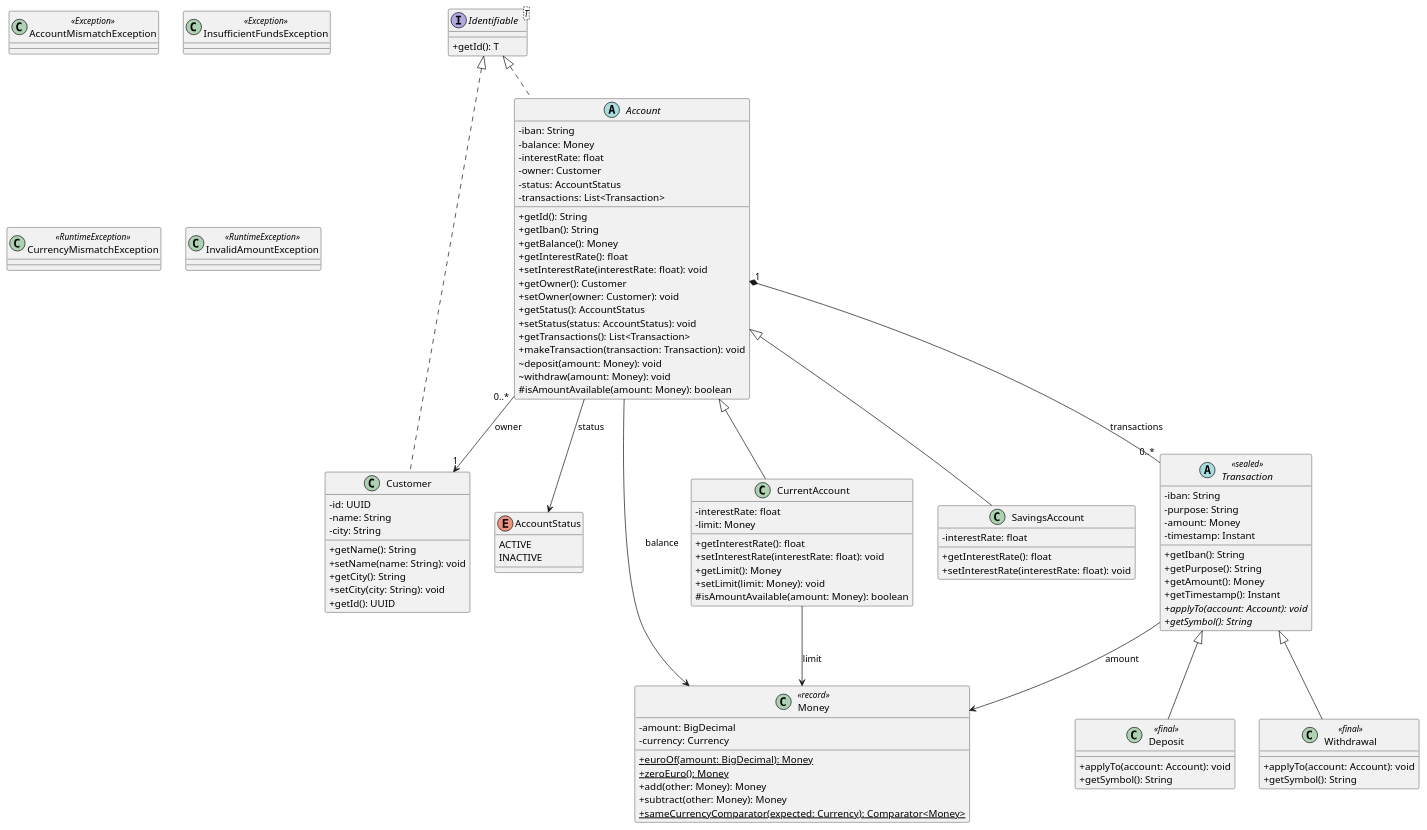
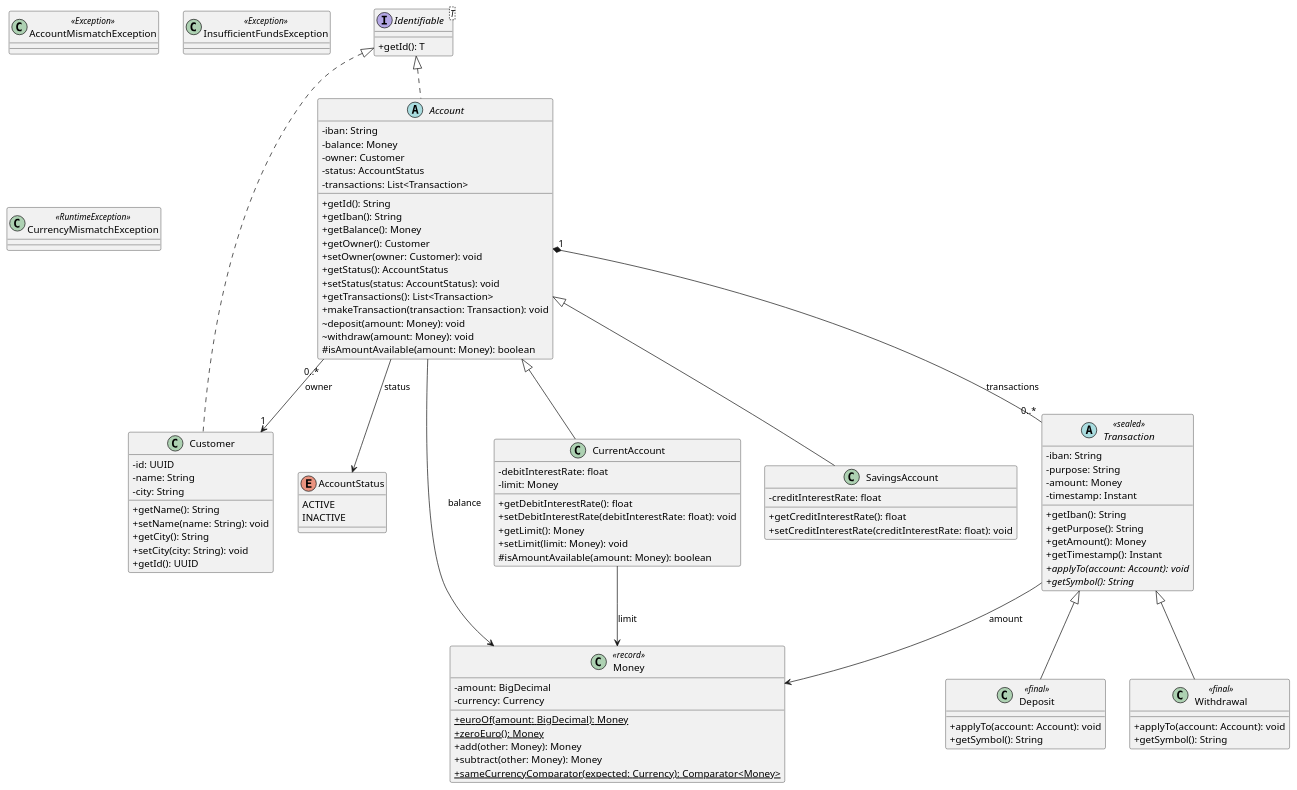
The diagram in class-diagram-domain.puml (raywo-trainings/banking-2026), drawn with PlantUML before and after one commit. The commit also changed 10 other files, not shown here.

```diff
--- a/class-diagram-domain.puml
+++ b/class-diagram-domain.puml
@@ -1,135 +1,131 @@
 @startuml
 'https://plantuml.com/class-diagram
 
 skinparam classAttributeIconSize 0
 
 ' ── Interface ──
 
 interface Identifiable<T> {
   + getId(): T
 }
 
 ' ── Enum ──
 
 enum AccountStatus {
   ACTIVE
   INACTIVE
 }
 
 ' ── Record ──
 
 class Money <<record>> {
   - amount: BigDecimal
   - currency: Currency
   + {static} euroOf(amount: BigDecimal): Money
   + {static} zeroEuro(): Money
   + add(other: Money): Money
   + subtract(other: Money): Money
   + {static} sameCurrencyComparator(expected: Currency): Comparator<Money>
 }
 
 ' ── Customer ──
 
 class Customer {
   - id: UUID
   - name: String
   - city: String
   + getName(): String
   + setName(name: String): void
   + getCity(): String
   + setCity(city: String): void
   + getId(): UUID
 }
 
 ' ── Account-Hierarchie ──
 
 abstract class Account {
   - iban: String
   - balance: Money
-  - interestRate: float
   - owner: Customer
   - status: AccountStatus
   - transactions: List<Transaction>
   + getId(): String
   + getIban(): String
   + getBalance(): Money
-  + getInterestRate(): float
-  + setInterestRate(interestRate: float): void
   + getOwner(): Customer
   + setOwner(owner: Customer): void
   + getStatus(): AccountStatus
   + setStatus(status: AccountStatus): void
   + getTransactions(): List<Transaction>
   + makeTransaction(transaction: Transaction): void
   ~ deposit(amount: Money): void
   ~ withdraw(amount: Money): void
   # isAmountAvailable(amount: Money): boolean
 }
 
 class CurrentAccount {
-  - interestRate: float
+  - debitInterestRate: float
   - limit: Money
-  + getInterestRate(): float
-  + setInterestRate(interestRate: float): void
+  + getDebitInterestRate(): float
+  + setDebitInterestRate(debitInterestRate: float): void
   + getLimit(): Money
   + setLimit(limit: Money): void
   # isAmountAvailable(amount: Money): boolean
 }
 
 class SavingsAccount {
-  - interestRate: float
-  + getInterestRate(): float
-  + setInterestRate(interestRate: float): void
+  - creditInterestRate: float
+  + getCreditInterestRate(): float
+  + setCreditInterestRate(creditInterestRate: float): void
 }
 
 ' ── Transaction-Hierarchie (sealed) ──
 
 abstract class Transaction <<sealed>> {
   - iban: String
   - purpose: String
   - amount: Money
   - timestamp: Instant
   + getIban(): String
   + getPurpose(): String
   + getAmount(): Money
   + getTimestamp(): Instant
   + {abstract} applyTo(account: Account): void
   + {abstract} getSymbol(): String
 }
 
 class Deposit <<final>> {
   + applyTo(account: Account): void
   + getSymbol(): String
 }
 
 class Withdrawal <<final>> {
   + applyTo(account: Account): void
   + getSymbol(): String
 }
 
 ' ── Exceptions ──
 
 class AccountMismatchException <<Exception>>
 class InsufficientFundsException <<Exception>>
 class CurrencyMismatchException <<RuntimeException>>
-class InvalidAmountException <<RuntimeException>>
 
 ' ── Beziehungen ──
 
 Identifiable <|.. Account
 Identifiable <|.. Customer
 
 Account <|-- CurrentAccount
 Account <|-- SavingsAccount
 
 Transaction <|-- Deposit
 Transaction <|-- Withdrawal
 
 Account "1" *-- "0..*" Transaction : transactions
 Account "0..*" --> "1" Customer : owner
 Account --> AccountStatus : status
 Account --> Money : balance
 CurrentAccount --> Money : limit
 Transaction --> Money : amount
 
 @enduml
```
